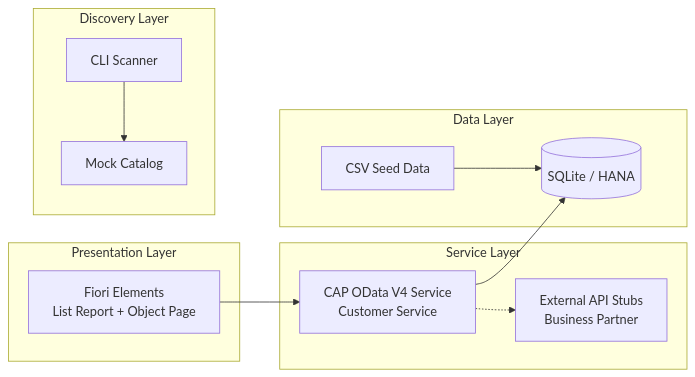
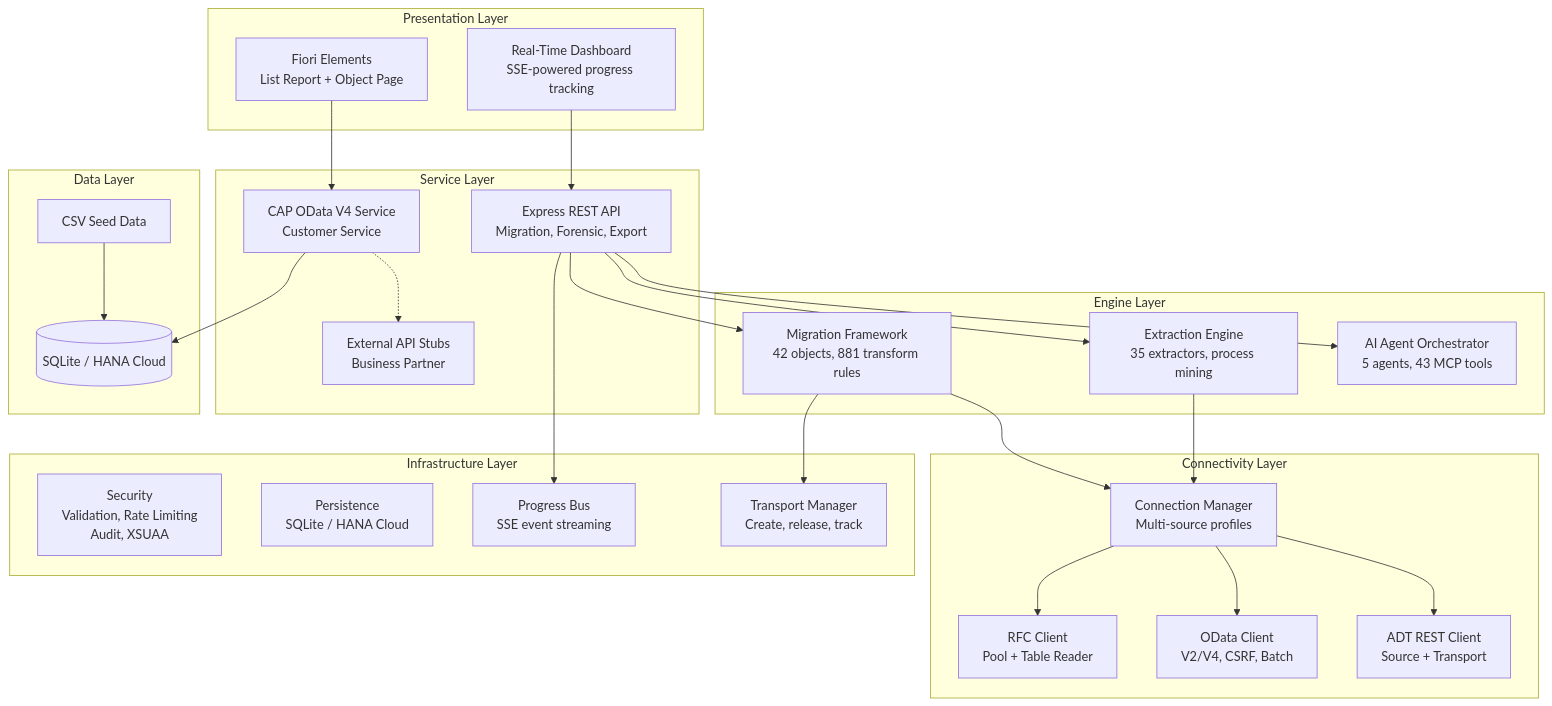
One commit to ib823/sapconnect changed the first of 2 diagrams in docs/architecture-overview.md. Above: the diagram before and after it, drawn with Mermaid. The commit also changed other lines of this file and 18 other files, not shown here.

````diff
--- a/docs/architecture-overview.md
+++ b/docs/architecture-overview.md
@@ -7,27 +7,54 @@
 ```mermaid
-graph LR
+graph TB
     subgraph "Presentation Layer"
         UI[Fiori Elements<br/>List Report + Object Page]
+        DASH[Real-Time Dashboard<br/>SSE-powered progress tracking]
     end
 
     subgraph "Service Layer"
         SRV[CAP OData V4 Service<br/>Customer Service]
+        REST[Express REST API<br/>Migration, Forensic, Export]
         EXT[External API Stubs<br/>Business Partner]
     end
 
+    subgraph "Engine Layer"
+        EXTRACT[Extraction Engine<br/>35 extractors, process mining]
+        MIGRATE[Migration Framework<br/>42 objects, 881 transform rules]
+        AGENT[AI Agent Orchestrator<br/>5 agents, 43 MCP tools]
+    end
+
+    subgraph "Connectivity Layer"
+        CONNMGR[Connection Manager<br/>Multi-source profiles]
+        RFC[RFC Client<br/>Pool + Table Reader]
+        ODATA[OData Client<br/>V2/V4, CSRF, Batch]
+        ADT[ADT REST Client<br/>Source + Transport]
+    end
+
+    subgraph "Infrastructure Layer"
+        SEC[Security<br/>Validation, Rate Limiting<br/>Audit, XSUAA]
+        PERSIST[Persistence<br/>SQLite / HANA Cloud]
+        PROGRESS[Progress Bus<br/>SSE event streaming]
+        TRANSPORT[Transport Manager<br/>Create, release, track]
+    end
+
     subgraph "Data Layer"
-        DB[(SQLite / HANA)]
+        DB[(SQLite / HANA Cloud)]
         CSV[CSV Seed Data]
     end
 
-    subgraph "Discovery Layer"
-        CLI[CLI Scanner]
-        MOCK[Mock Catalog]
-    end
-
     UI --> SRV
+    DASH --> REST
     SRV --> DB
     SRV -.-> EXT
+    REST --> EXTRACT
+    REST --> MIGRATE
+    REST --> AGENT
+    EXTRACT --> CONNMGR
+    MIGRATE --> CONNMGR
+    CONNMGR --> RFC
+    CONNMGR --> ODATA
+    CONNMGR --> ADT
     CSV --> DB
-    CLI --> MOCK
+    REST --> PROGRESS
+    MIGRATE --> TRANSPORT
 ```
````
